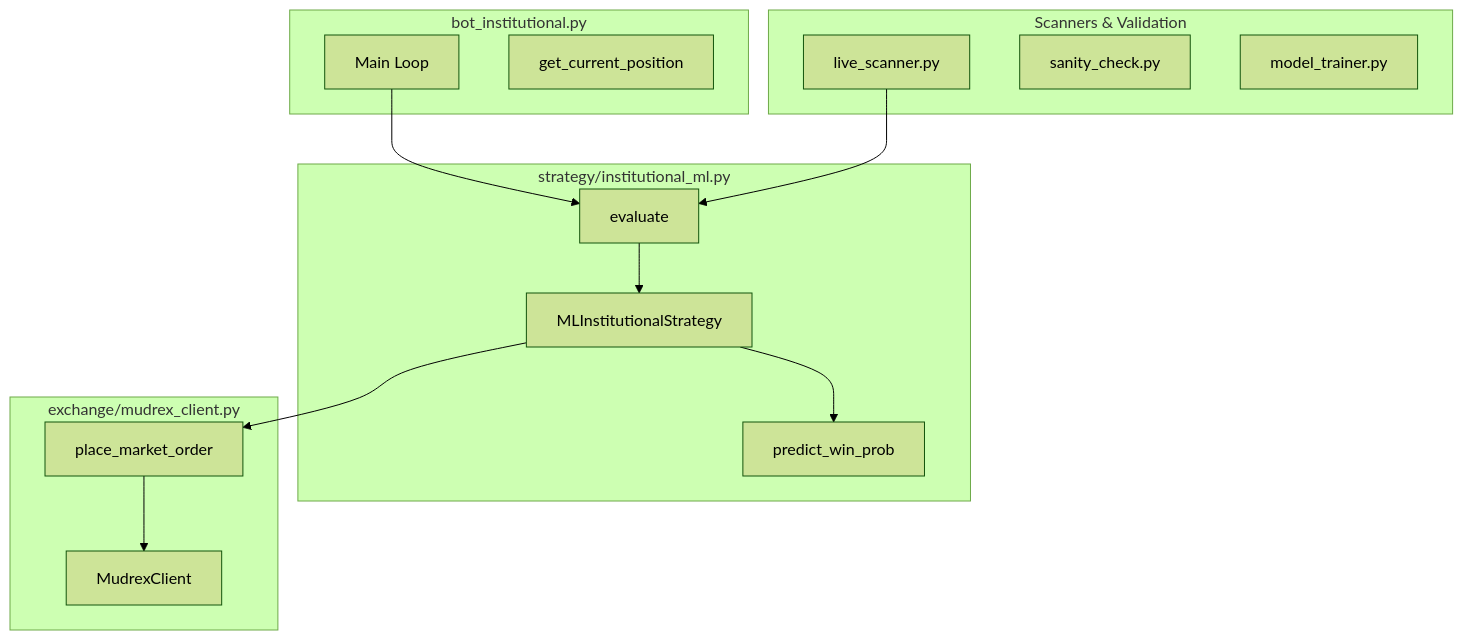
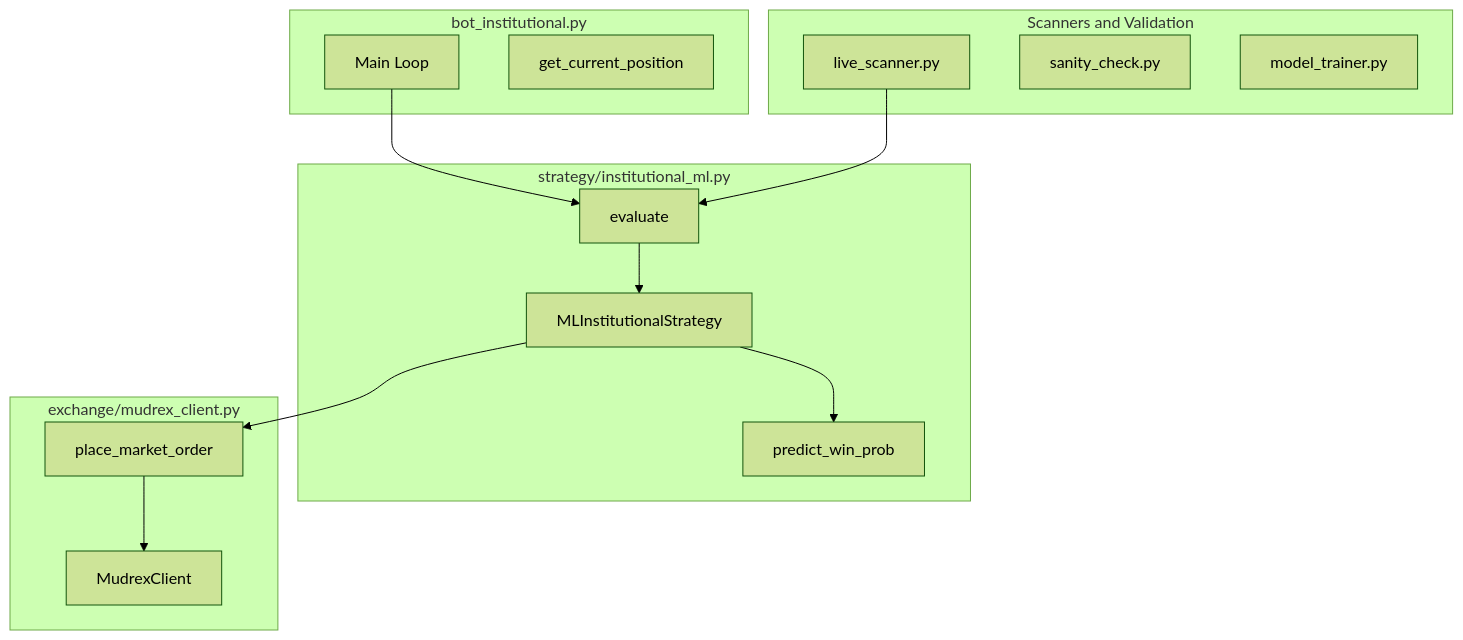
The fourth of 4 diagrams in README.md (DecentralizedJM/XAUT-EMA-Pullback-Strategy), drawn with Mermaid (forest theme) before and after one commit. The commit also changed other lines of this file, not shown here.

Commit message:
docs: Fix Mermaid diagrams and remove emojis for professional formatting

````diff
--- a/README.md
+++ b/README.md
@@ -132,31 +131,31 @@
 ```mermaid
 flowchart TB
-    subgraph Scanners [Scanners & Validation]
-        LiveScan[live_scanner.py]
-        SanityCheck[sanity_check.py]
-        ModelTrainer[model_trainer.py]
+    subgraph Scanners ["Scanners and Validation"]
+        LiveScan["live_scanner.py"]
+        SanityCheck["sanity_check.py"]
+        ModelTrainer["model_trainer.py"]
     end
 
-    subgraph Bot [bot_institutional.py]
-        MainLoop[Main Loop]
-        GetPosition[get_current_position]
+    subgraph BotRunner ["bot_institutional.py"]
+        MainLoop["Main Loop"]
+        GetPosition["get_current_position"]
     end
 
-    subgraph Strategy [strategy/institutional_ml.py]
-        MLStrategy[MLInstitutionalStrategy]
-        Evaluate[evaluate]
-        Predict[predict_win_prob]
+    subgraph Strategy ["strategy/institutional_ml.py"]
+        MLStrategy["MLInstitutionalStrategy"]
+        Evaluate["evaluate"]
+        Predict["predict_win_prob"]
     end
 
-    subgraph Exchange [exchange/mudrex_client.py]
-        MudrexClient[MudrexClient]
-        PlaceOrder[place_market_order]
+    subgraph Exchange ["exchange/mudrex_client.py"]
+        MudrexClient["MudrexClient"]
+        PlaceOrder["place_market_order"]
     end
 
     MainLoop --> Evaluate
     Evaluate --> MLStrategy
     MLStrategy --> Predict
     MLStrategy --> PlaceOrder
     PlaceOrder --> MudrexClient
     LiveScan --> Evaluate
 ```
````
